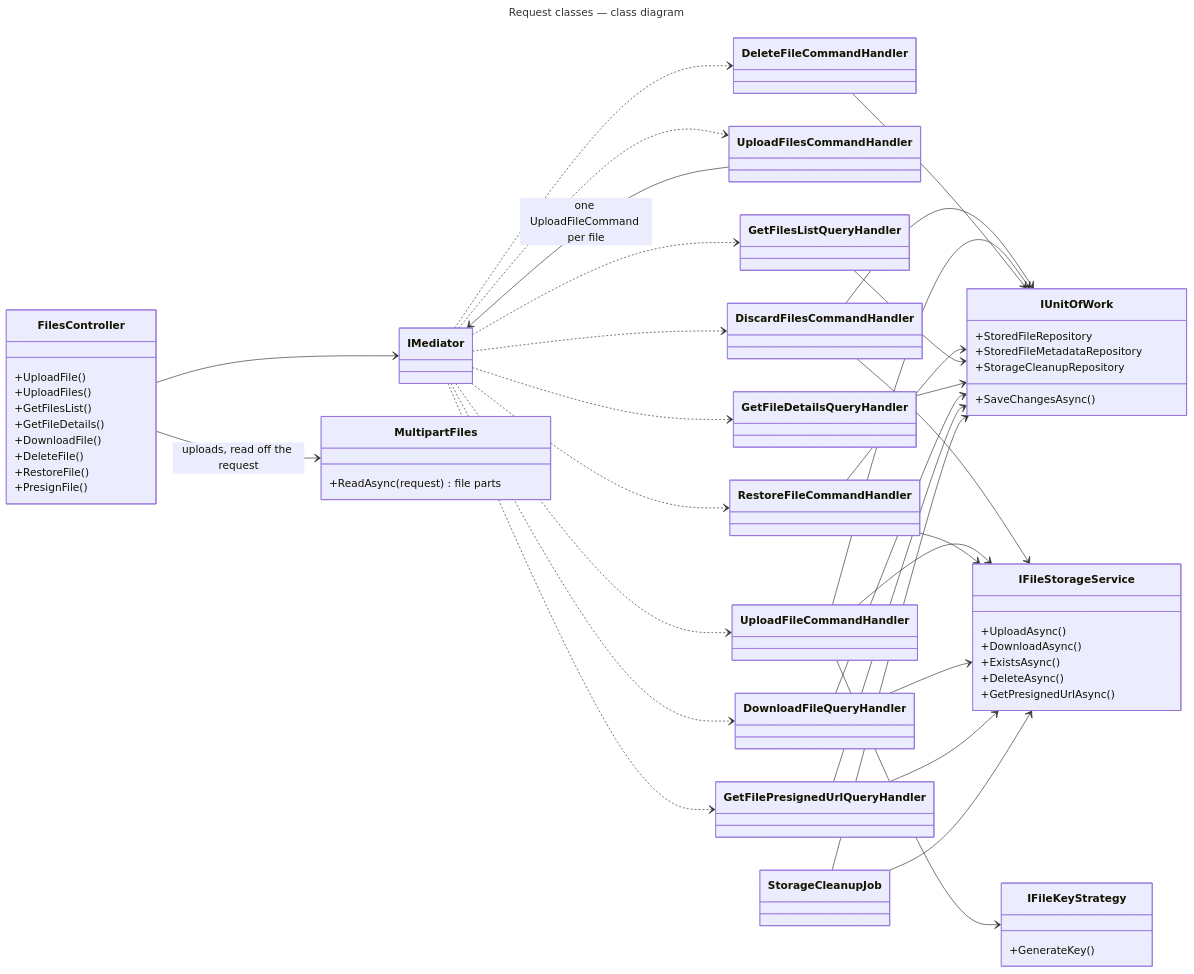
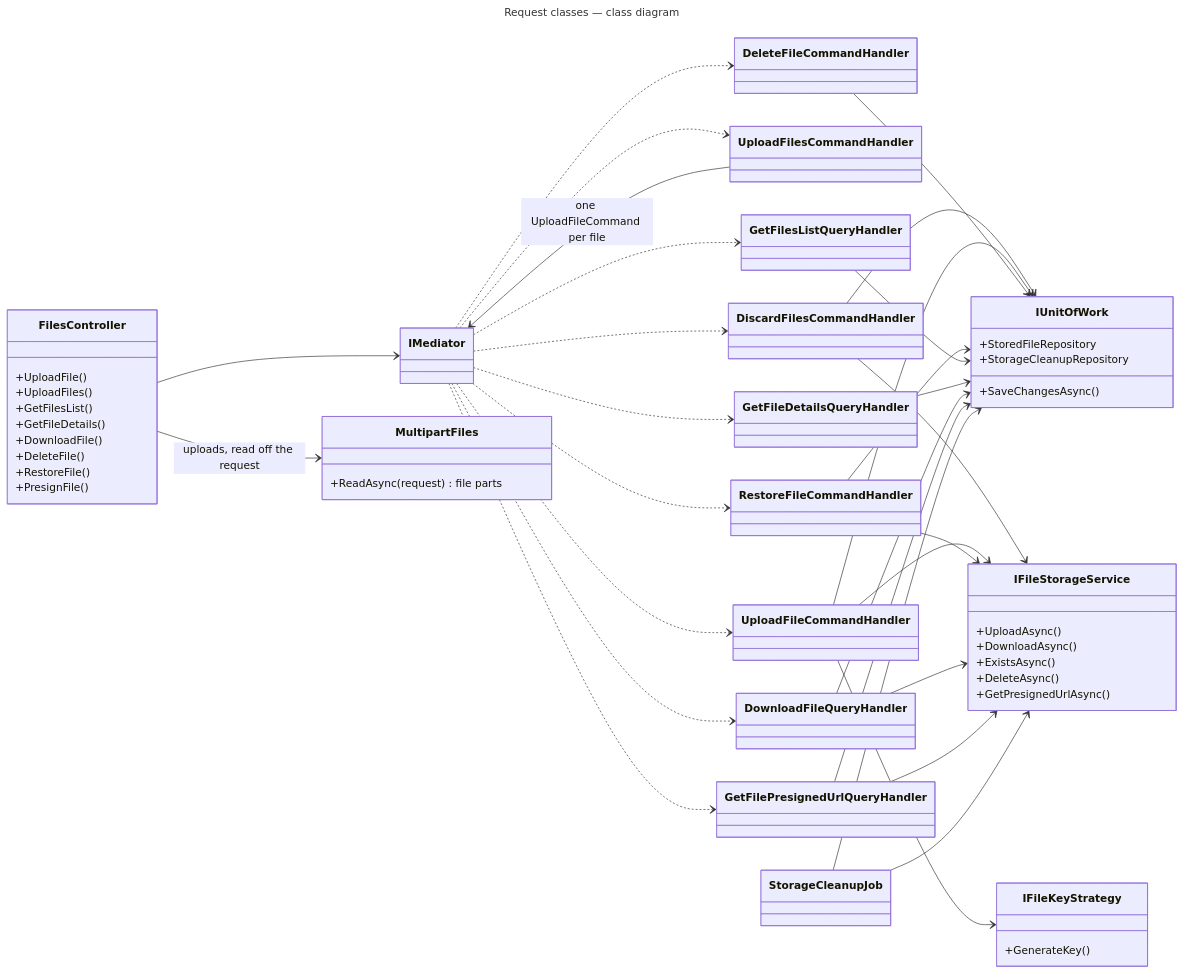
One commit to gmetskhvarishvili/GM.FileStorage.Samples changed the fifth of 6 diagrams in docs/dependencies.md. Above: the diagram before and after it, drawn with Mermaid. The commit also changed other lines of this file and 27 other files, not shown here.

First line of the commit message:
refactor: drop the stored_file_metadata table

````diff
--- a/docs/dependencies.md
+++ b/docs/dependencies.md
@@ -174,79 +174,78 @@
 ```mermaid
 ---
 title: Request classes — class diagram
 ---
 classDiagram
     direction LR
 
     class FilesController {
         +UploadFile()
         +UploadFiles()
         +GetFilesList()
         +GetFileDetails()
         +DownloadFile()
         +DeleteFile()
         +RestoreFile()
         +PresignFile()
     }
     class IMediator
     class UploadFileCommandHandler
     class UploadFilesCommandHandler
     class DiscardFilesCommandHandler
     class MultipartFiles {
         +ReadAsync(request) file parts
     }
     class DeleteFileCommandHandler
     class RestoreFileCommandHandler
     class GetFilesListQueryHandler
     class GetFileDetailsQueryHandler
     class DownloadFileQueryHandler
     class GetFilePresignedUrlQueryHandler
 
     class IUnitOfWork {
         +StoredFileRepository
-        +StoredFileMetadataRepository
         +StorageCleanupRepository
         +SaveChangesAsync()
     }
     class IFileStorageService {
         +UploadAsync()
         +DownloadAsync()
         +ExistsAsync()
         +DeleteAsync()
         +GetPresignedUrlAsync()
     }
     class IFileKeyStrategy {
         +GenerateKey()
     }
     class StorageCleanupJob
 
     FilesController --> IMediator
     FilesController --> MultipartFiles : uploads, read off the request
     IMediator ..> UploadFileCommandHandler
     IMediator ..> UploadFilesCommandHandler
     IMediator ..> DiscardFilesCommandHandler
     UploadFilesCommandHandler --> IMediator : one UploadFileCommand per file
     DiscardFilesCommandHandler --> IUnitOfWork
     DiscardFilesCommandHandler --> IFileStorageService
     IMediator ..> DeleteFileCommandHandler
     IMediator ..> RestoreFileCommandHandler
     IMediator ..> GetFilesListQueryHandler
     IMediator ..> GetFileDetailsQueryHandler
     IMediator ..> DownloadFileQueryHandler
     IMediator ..> GetFilePresignedUrlQueryHandler
 
     UploadFileCommandHandler --> IUnitOfWork
     UploadFileCommandHandler --> IFileStorageService
     UploadFileCommandHandler --> IFileKeyStrategy
     DeleteFileCommandHandler --> IUnitOfWork
     RestoreFileCommandHandler --> IUnitOfWork
     RestoreFileCommandHandler --> IFileStorageService
     GetFilesListQueryHandler --> IUnitOfWork
     GetFileDetailsQueryHandler --> IUnitOfWork
     DownloadFileQueryHandler --> IUnitOfWork
     DownloadFileQueryHandler --> IFileStorageService
     GetFilePresignedUrlQueryHandler --> IUnitOfWork
     GetFilePresignedUrlQueryHandler --> IFileStorageService
     StorageCleanupJob --> IUnitOfWork
     StorageCleanupJob --> IFileStorageService
 ```
````
